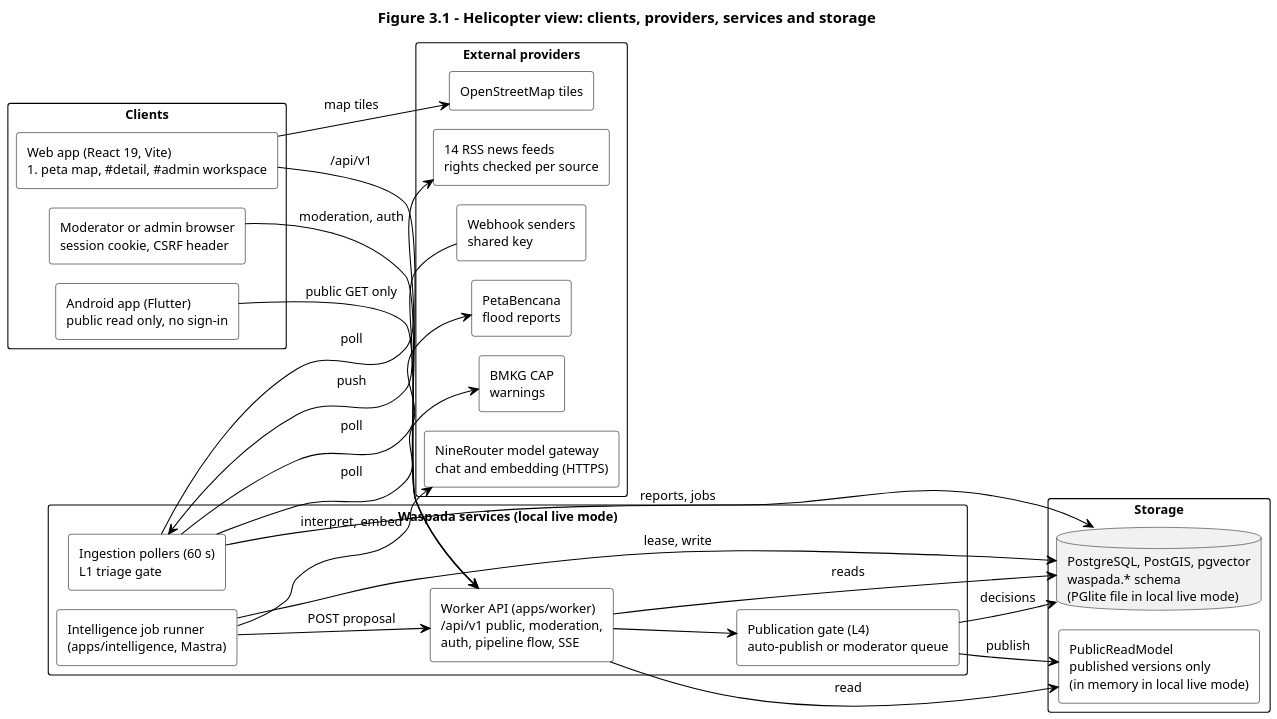
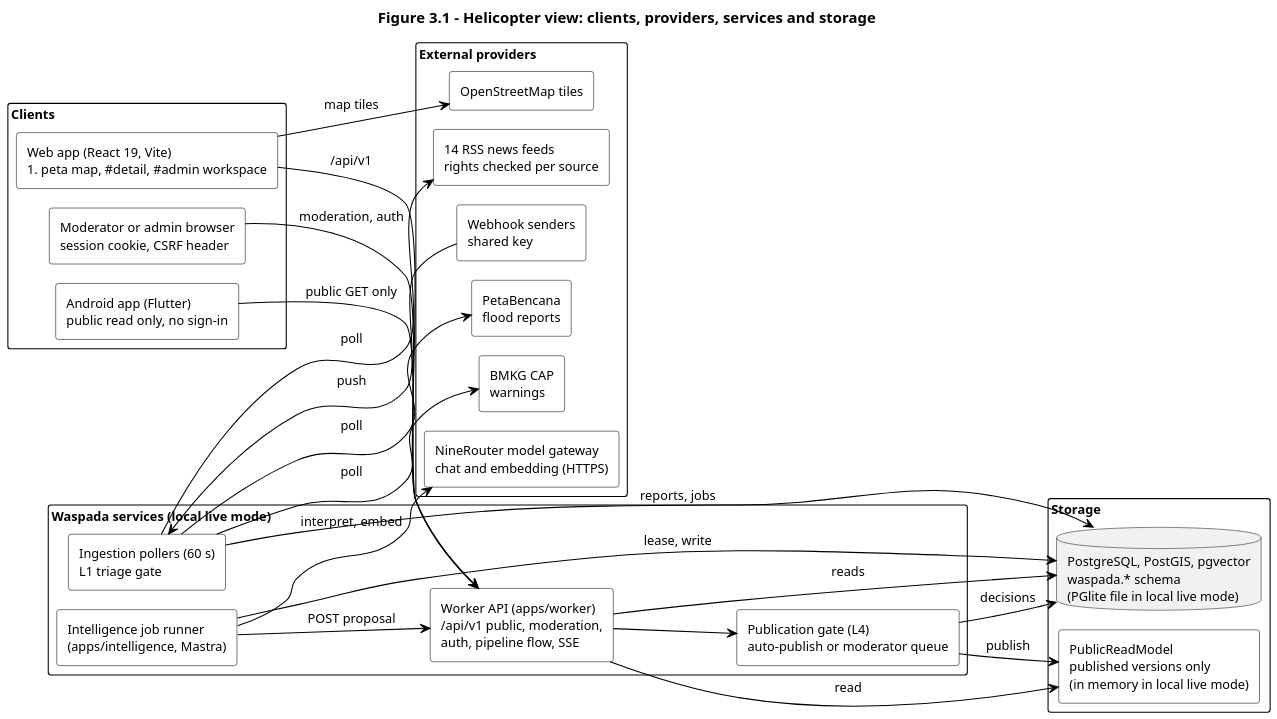
One commit to Asassinoooo/Waspada-Jakarta changed the diagram in docs/report/diagrams/fig-3-1-helicopter-view.puml. Above: the diagram before and after it, drawn with PlantUML. The commit also changed 15 other files, not shown here.

Commit message:
docs(DOC-REPORT-02): add rendered PlantUML figures and demo screenshots for the report

```diff
--- a/docs/report/diagrams/fig-3-1-helicopter-view.puml
+++ b/docs/report/diagrams/fig-3-1-helicopter-view.puml
@@ -1,65 +1,66 @@
 @startuml fig-3-1-helicopter-view
 ' Figure 3.1: helicopter view of clients, providers, services and storage (as built, local live mode).
 !pragma layout smetana
 skinparam dpi 150
 skinparam monochrome true
 skinparam shadowing false
 skinparam defaultFontName Arial
 skinparam defaultFontSize 12
 skinparam packageStyle rectangle
 skinparam rectangle {
   BackgroundColor white
   BorderColor black
 }
 skinparam ArrowColor black
+skinparam packageTitleAlignment left
 
 title Figure 3.1 - Helicopter view: clients, providers, services and storage
 
 left to right direction
 
 package "Clients" as CL {
   rectangle "Web app (React 19, Vite)\n#peta map, #detail, #admin workspace" as WEB
   rectangle "Android app (Flutter)\npublic read only, no sign-in" as APP
   rectangle "Moderator or admin browser\nsession cookie, CSRF header" as MOD
 }
 
 package "Waspada services (local live mode)" as SV {
   rectangle "Worker API (apps/worker)\n/api/v1 public, moderation,\nauth, pipeline flow, SSE" as API
   rectangle "Ingestion pollers (60 s)\nL1 triage gate" as ING
   rectangle "Intelligence job runner\n(apps/intelligence, Mastra)" as JOB
   rectangle "Publication gate (L4)\nauto-publish or moderator queue" as GATE
 }
 
 package "Storage" as ST {
   database "PostgreSQL, PostGIS, pgvector\nwaspada.* schema\n(PGlite file in local live mode)" as DB
   rectangle "PublicReadModel\npublished versions only\n(in memory in local live mode)" as PRM
 }
 
 package "External providers" as EXT {
   rectangle "PetaBencana\nflood reports" as PB
   rectangle "BMKG CAP\nwarnings" as BMKG
   rectangle "14 RSS news feeds\nrights checked per source" as RSS
   rectangle "Webhook senders\nshared key" as HOOK
   rectangle "NineRouter model gateway\nchat and embedding (HTTPS)" as NR
   rectangle "OpenStreetMap tiles" as OSM
 }
 
 WEB --> API : /api/v1
 APP --> API : public GET only
 MOD --> API : moderation, auth
 WEB --> OSM : map tiles
 API --> GATE
 GATE --> PRM : publish
 API --> PRM : read
 ING --> PB : poll
 ING --> BMKG : poll
 ING --> RSS : poll
 HOOK --> ING : push
 ING --> DB : reports, jobs
 JOB --> DB : lease, write
 JOB --> NR : interpret, embed
 JOB --> API : POST proposal
 API --> DB : reads
 GATE --> DB : decisions
 
 @enduml
```
